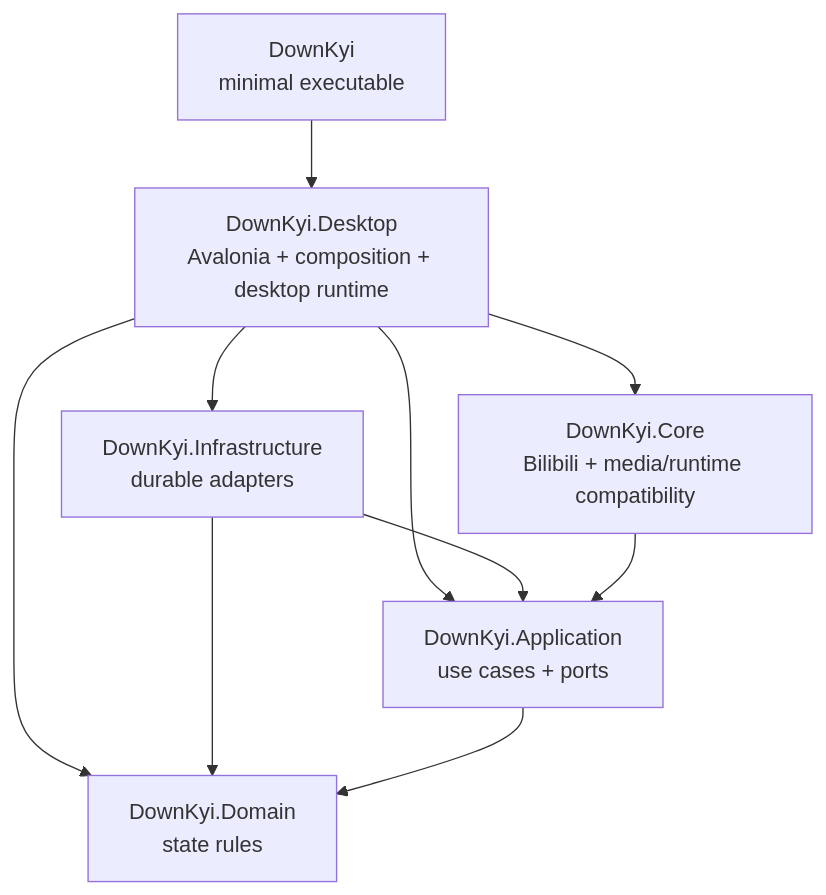
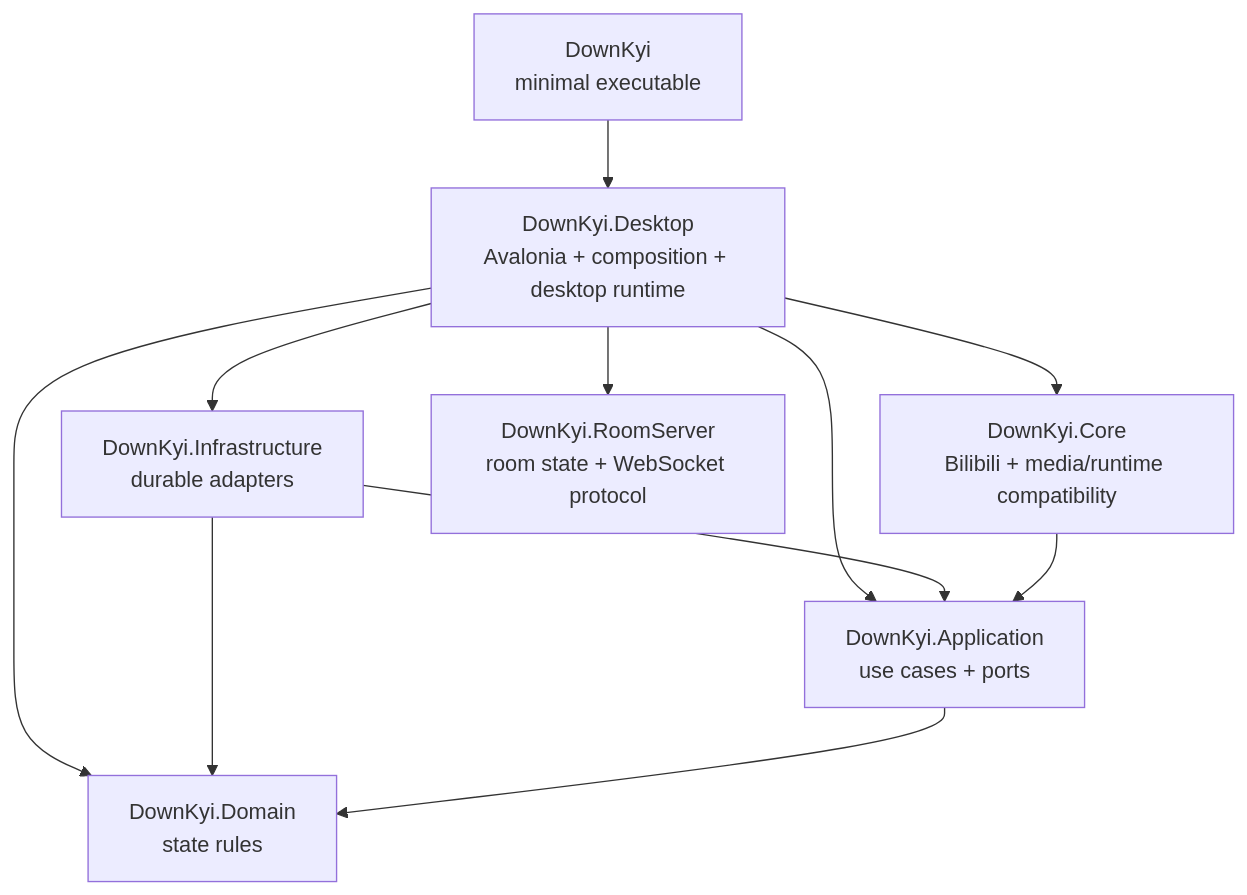
The first of 2 diagrams in ARCHITECTURE.md (LeonZ03/BiliCinema), drawn with Mermaid before and after one commit. The commit also changed other lines of this file and 33 other files, not shown here.

````diff
--- a/ARCHITECTURE.md
+++ b/ARCHITECTURE.md
@@ -16,12 +16,13 @@
 ```mermaid
 flowchart TD
     Entry["DownKyi\nminimal executable"] --> Desktop["DownKyi.Desktop\nAvalonia + composition + desktop runtime"]
     Desktop --> Core["DownKyi.Core\nBilibili + media/runtime compatibility"]
     Desktop --> Application["DownKyi.Application\nuse cases + ports"]
     Desktop --> Domain["DownKyi.Domain\nstate rules"]
     Desktop --> Infrastructure["DownKyi.Infrastructure\ndurable adapters"]
+    Desktop --> RoomServer["DownKyi.RoomServer\nroom state + WebSocket protocol"]
     Infrastructure --> Application
     Infrastructure --> Domain
     Core --> Application
     Application --> Domain
 ```
````
